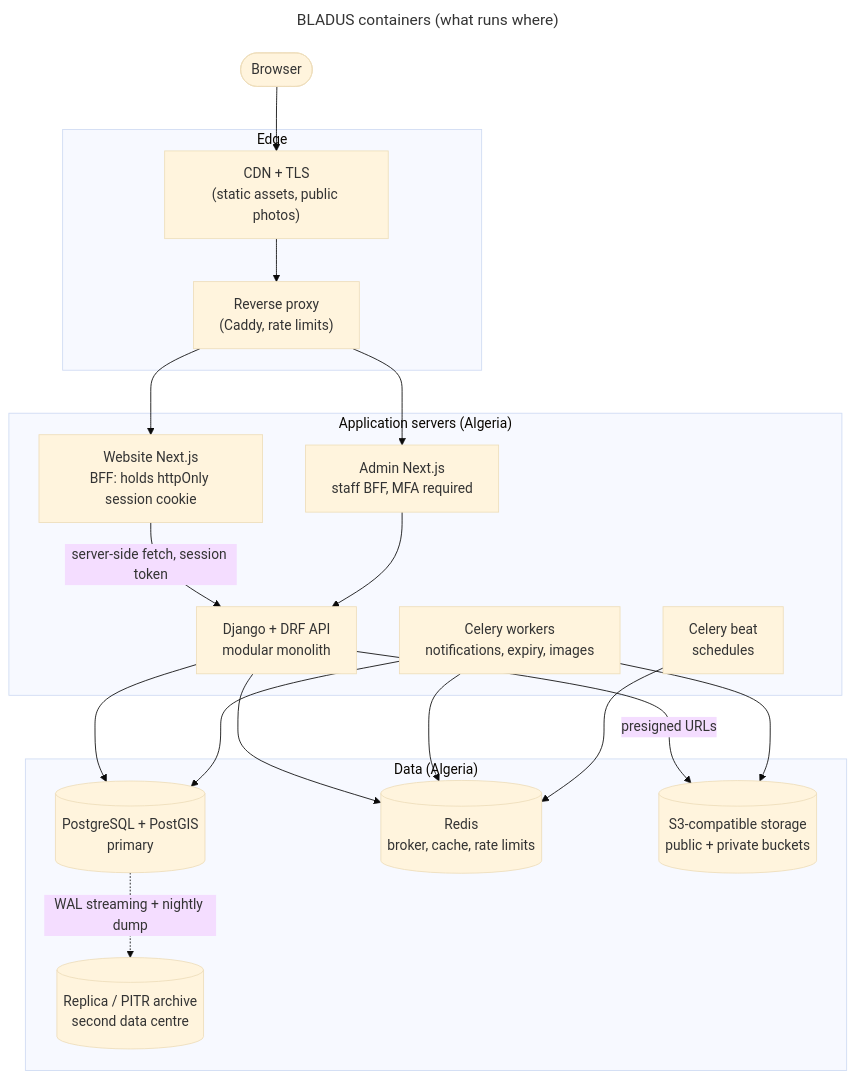
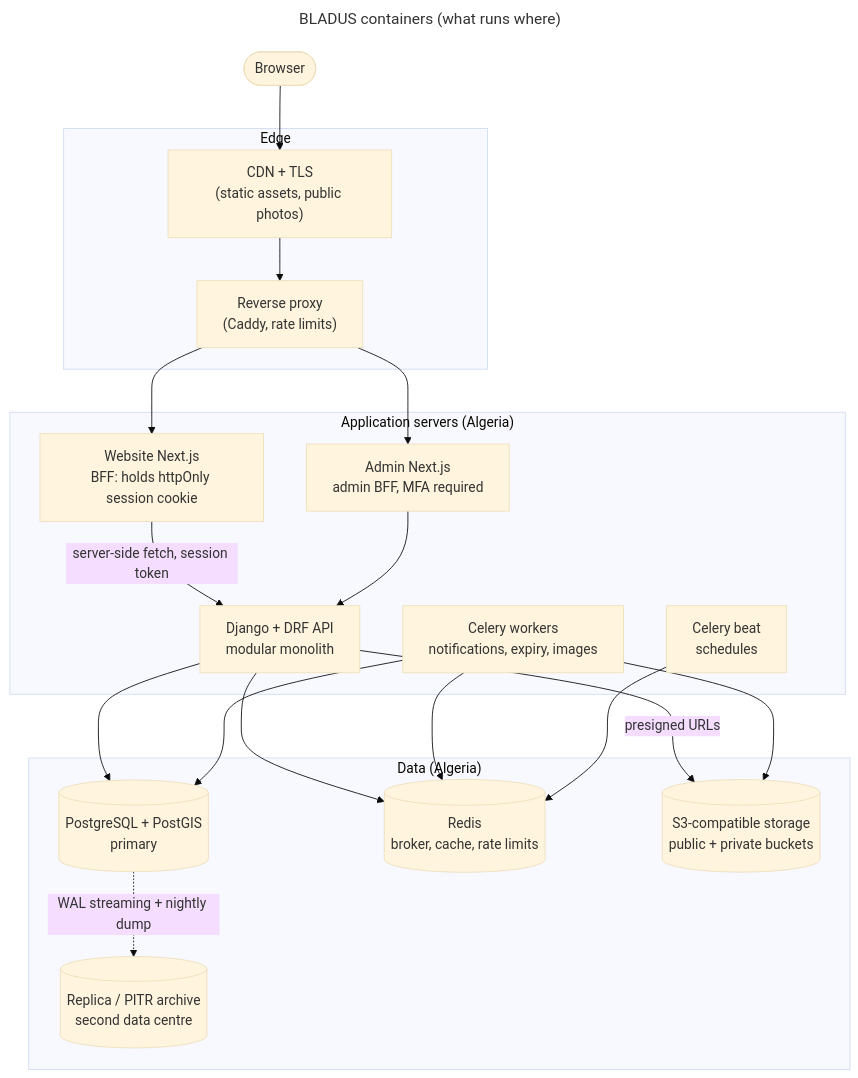
One commit to med-amine-ok/darna changed the diagram in docs/backend/diagrams/02-containers.mmd. Above: the diagram before and after it, drawn with Mermaid (base theme). The commit also changed 340 other files, not shown here.

```diff
--- a/docs/backend/diagrams/02-containers.mmd
+++ b/docs/backend/diagrams/02-containers.mmd
@@ -1,35 +1,35 @@
 ---
 title: BLADUS containers (what runs where)
 ---
 flowchart TB
     browser(["Browser"])
     subgraph edge["Edge"]
         cdn["CDN + TLS<br/>(static assets, public photos)"]
         rp["Reverse proxy<br/>(Caddy, rate limits)"]
     end
     subgraph apps["Application servers (Algeria)"]
         web["Website Next.js<br/>BFF: holds httpOnly session cookie"]
-        adm["Admin Next.js<br/>staff BFF, MFA required"]
+        adm["Admin Next.js<br/>admin BFF, MFA required"]
         api["Django + DRF API<br/>modular monolith"]
         worker["Celery workers<br/>notifications, expiry, images"]
         beat["Celery beat<br/>schedules"]
     end
     subgraph data["Data (Algeria)"]
         pg[("PostgreSQL + PostGIS<br/>primary")]
         pgr[("Replica / PITR archive<br/>second data centre")]
         redis[("Redis<br/>broker, cache, rate limits")]
         obj[("S3-compatible storage<br/>public + private buckets")]
     end
     browser --> cdn --> rp
     rp --> web
     rp --> adm
     web -- "server-side fetch, session token" --> api
     adm --> api
     api --> pg
     api --> redis
     worker --> pg
     worker --> redis
     beat --> redis
     api -- "presigned URLs" --> obj
     worker --> obj
     pg -. "WAL streaming + nightly dump" .-> pgr
```
